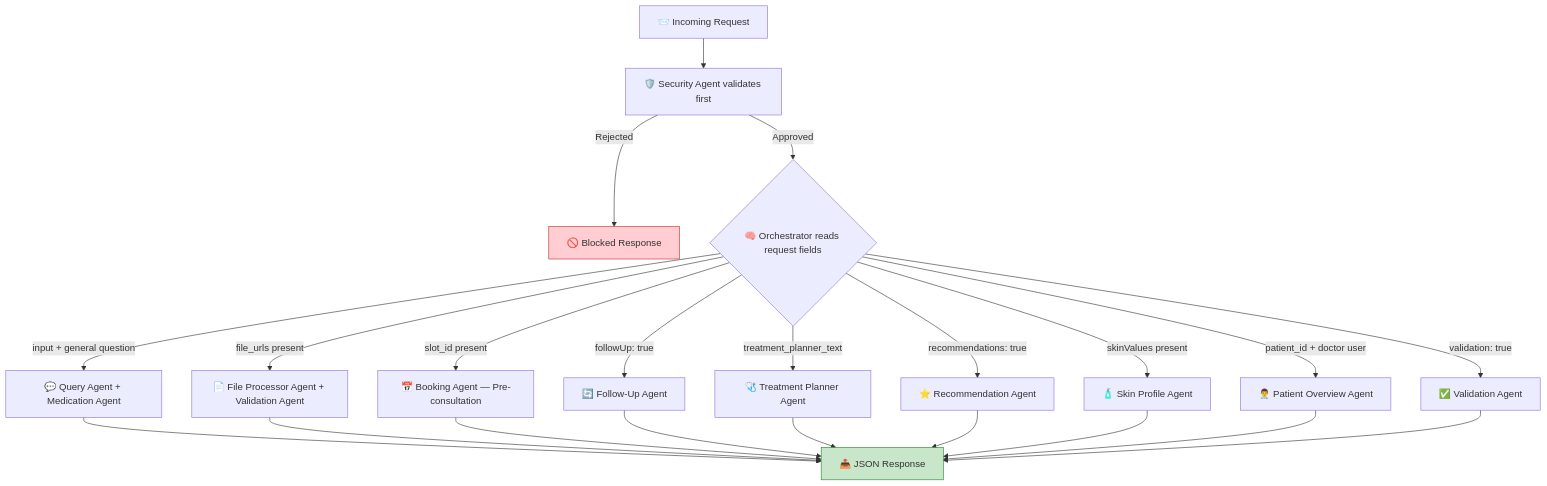
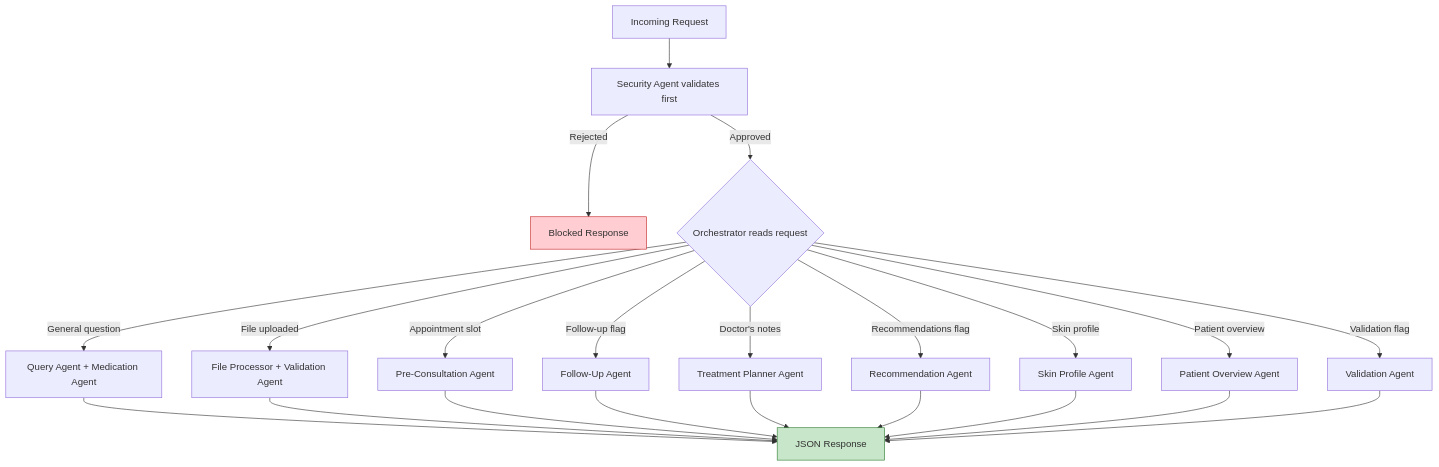
One commit to harshbhaskerwar/markdown-tests changed the third of 16 diagrams in README.md. Above: the diagram before and after it, drawn with Mermaid. The commit also changed other lines of this file, not shown here.

````diff
--- a/README.md
+++ b/README.md
@@ -212,29 +200,29 @@
 ```mermaid
 flowchart TD
-    REQ["📨 Incoming Request"] --> SEC["🛡️ Security Agent validates first"]
-    SEC -->|"Rejected"| BLOCK["🚫 Blocked Response"]
-    SEC -->|"Approved"| ROUTE{"🧠 Orchestrator reads request fields"}
+    REQ["Incoming Request"] --> SEC["Security Agent validates first"]
+    SEC -->|"Rejected"| BLOCK["Blocked Response"]
+    SEC -->|"Approved"| ROUTE{"Orchestrator reads request"}
 
-    ROUTE -->|"input + general question"| QA["💬 Query Agent + Medication Agent"]
-    ROUTE -->|"file_urls present"| FILE["📄 File Processor Agent + Validation Agent"]
-    ROUTE -->|"slot_id present"| BOOK["📅 Booking Agent — Pre-consultation"]
-    ROUTE -->|"followUp: true"| FU["🔄 Follow-Up Agent"]
-    ROUTE -->|"treatment_planner_text"| TP["🩺 Treatment Planner Agent"]
-    ROUTE -->|"recommendations: true"| REC["⭐ Recommendation Agent"]
-    ROUTE -->|"skinValues present"| SKIN["🧴 Skin Profile Agent"]
-    ROUTE -->|"patient_id + doctor user"| POV["👨‍⚕️ Patient Overview Agent"]
-    ROUTE -->|"validation: true"| VAL["✅ Validation Agent"]
+    ROUTE -->|"General question"| QA["Query Agent + Medication Agent"]
+    ROUTE -->|"File uploaded"| FILE["File Processor + Validation Agent"]
+    ROUTE -->|"Appointment slot"| BOOK["Pre-Consultation Agent"]
+    ROUTE -->|"Follow-up flag"| FU["Follow-Up Agent"]
+    ROUTE -->|"Doctor's notes"| TP["Treatment Planner Agent"]
+    ROUTE -->|"Recommendations flag"| REC["Recommendation Agent"]
+    ROUTE -->|"Skin profile"| SKIN["Skin Profile Agent"]
+    ROUTE -->|"Patient overview"| POV["Patient Overview Agent"]
+    ROUTE -->|"Validation flag"| VAL["Validation Agent"]
 
-    QA --> OUT["📤 JSON Response"]
+    QA --> OUT["JSON Response"]
     FILE --> OUT
     BOOK --> OUT
     FU --> OUT
     TP --> OUT
     REC --> OUT
     SKIN --> OUT
     POV --> OUT
     VAL --> OUT
 
     style BLOCK fill:#ffcdd2,stroke:#c62828
     style OUT fill:#c8e6c9,stroke:#2e7d32
 ```
````
